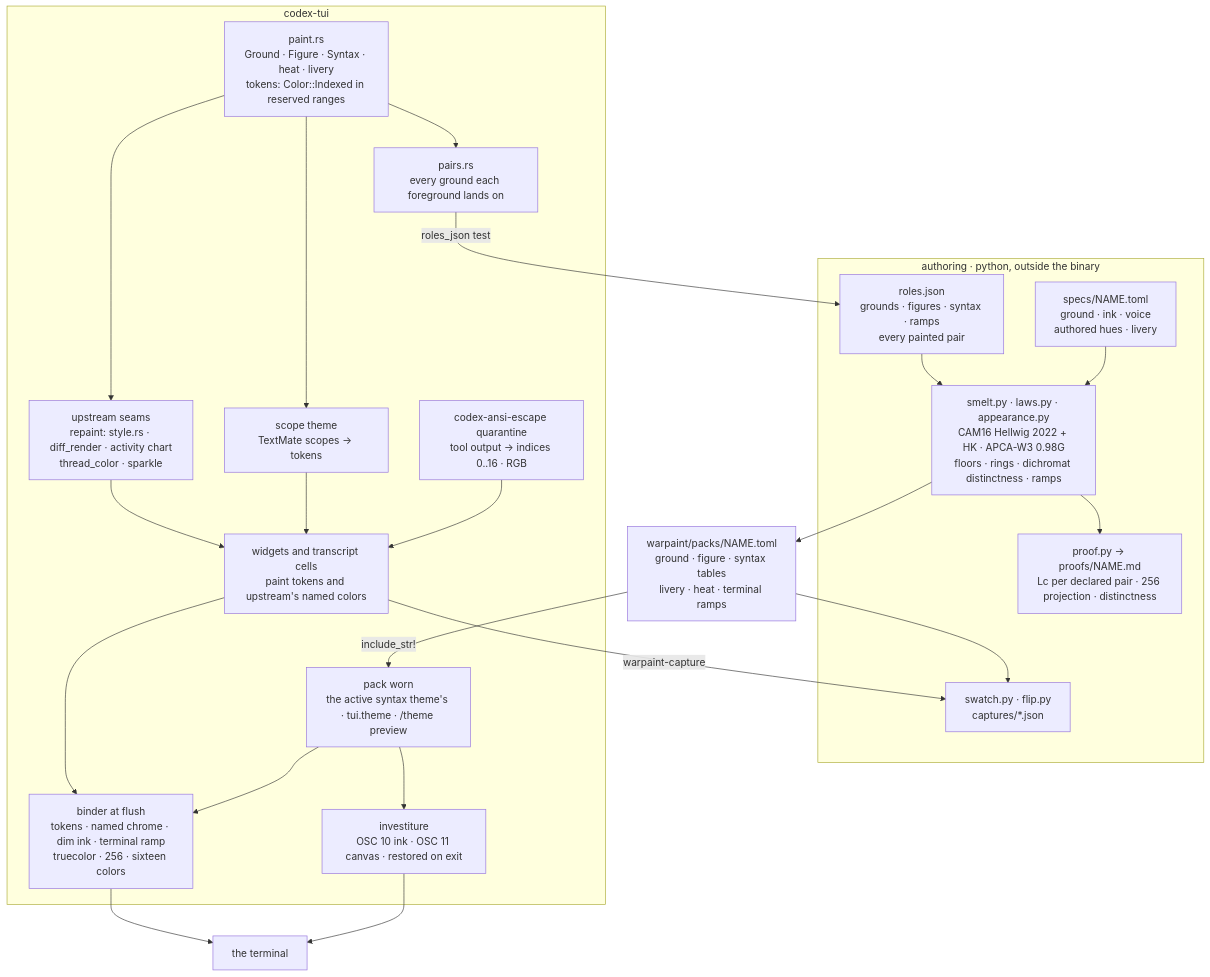
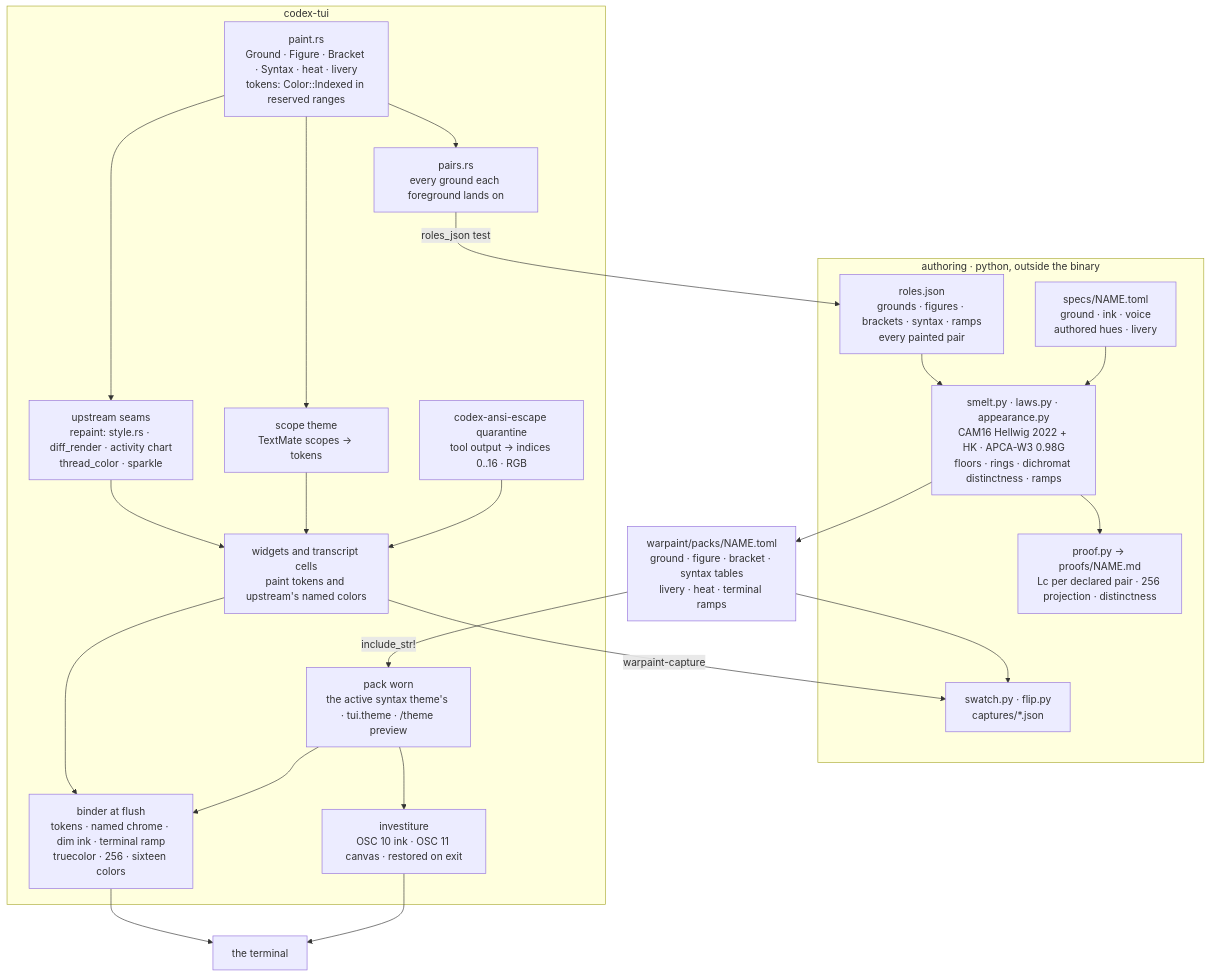
Before and after one commit to forever-and-ever/codex-1337: the diagram in docs/diagrams/warpaint.mmd, drawn with Mermaid. The commit also changed 3 other files, not shown here.

First line of the commit message:
docs: warpaint brackets, prompt ground and running's arc

```diff
--- a/docs/diagrams/warpaint.mmd
+++ b/docs/diagrams/warpaint.mmd
@@ -1,40 +1,40 @@
 flowchart TB
   subgraph authoring["authoring · python, outside the binary"]
-    roles["roles.json<br/>grounds · figures · syntax · ramps<br/>every painted pair"]
+    roles["roles.json<br/>grounds · figures · brackets · syntax · ramps<br/>every painted pair"]
     spec["specs/NAME.toml<br/>ground · ink · voice<br/>authored hues · livery"]
     smelt["smelt.py · laws.py · appearance.py<br/>CAM16 Hellwig 2022 + HK · APCA-W3 0.98G<br/>floors · rings · dichromat distinctness · ramps"]
     proof["proof.py → proofs/NAME.md<br/>Lc per declared pair · 256 projection · distinctness"]
     eye["swatch.py · flip.py<br/>captures/*.json"]
     roles --> smelt
     spec --> smelt --> proof
   end
 
-  pack["warpaint/packs/NAME.toml<br/>ground · figure · syntax tables<br/>livery · heat · terminal ramps"]
+  pack["warpaint/packs/NAME.toml<br/>ground · figure · bracket · syntax tables<br/>livery · heat · terminal ramps"]
   smelt --> pack
   pack --> eye
 
   subgraph binary["codex-tui"]
-    paint["paint.rs<br/>Ground · Figure · Syntax · heat · livery<br/>tokens: Color::Indexed in reserved ranges"]
+    paint["paint.rs<br/>Ground · Figure · Bracket · Syntax · heat · livery<br/>tokens: Color::Indexed in reserved ranges"]
     pairs["pairs.rs<br/>every ground each foreground lands on"]
     widgets["widgets and transcript cells<br/>paint tokens and upstream's named colors"]
     seams["upstream seams<br/>repaint: style.rs · diff_render · activity chart<br/>thread_color · sparkle"]
     scopes["scope theme<br/>TextMate scopes → tokens"]
     tool["codex-ansi-escape quarantine<br/>tool output → indices 0..16 · RGB"]
     worn["pack worn<br/>the active syntax theme's · tui.theme · /theme preview"]
     binder["binder at flush<br/>tokens · named chrome · dim ink · terminal ramp<br/>truecolor · 256 · sixteen colors"]
     osc["investiture<br/>OSC 10 ink · OSC 11 canvas · restored on exit"]
 
     paint --> seams --> widgets
     paint --> scopes --> widgets
     tool --> widgets
     widgets --> binder
     worn --> binder
     worn --> osc
   end
 
   paint --> pairs
   pairs -->|roles_json test| roles
   pack -->|include_str!| worn
   widgets -->|warpaint-capture| eye
   binder --> term["the terminal"]
   osc --> term
```
